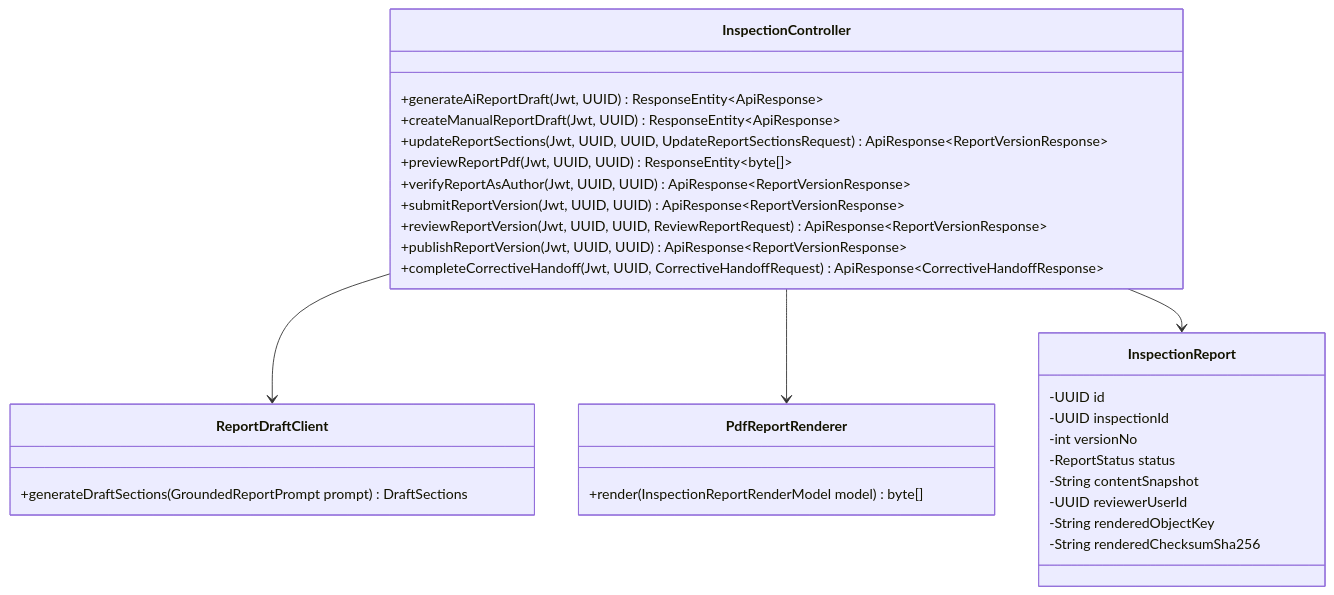
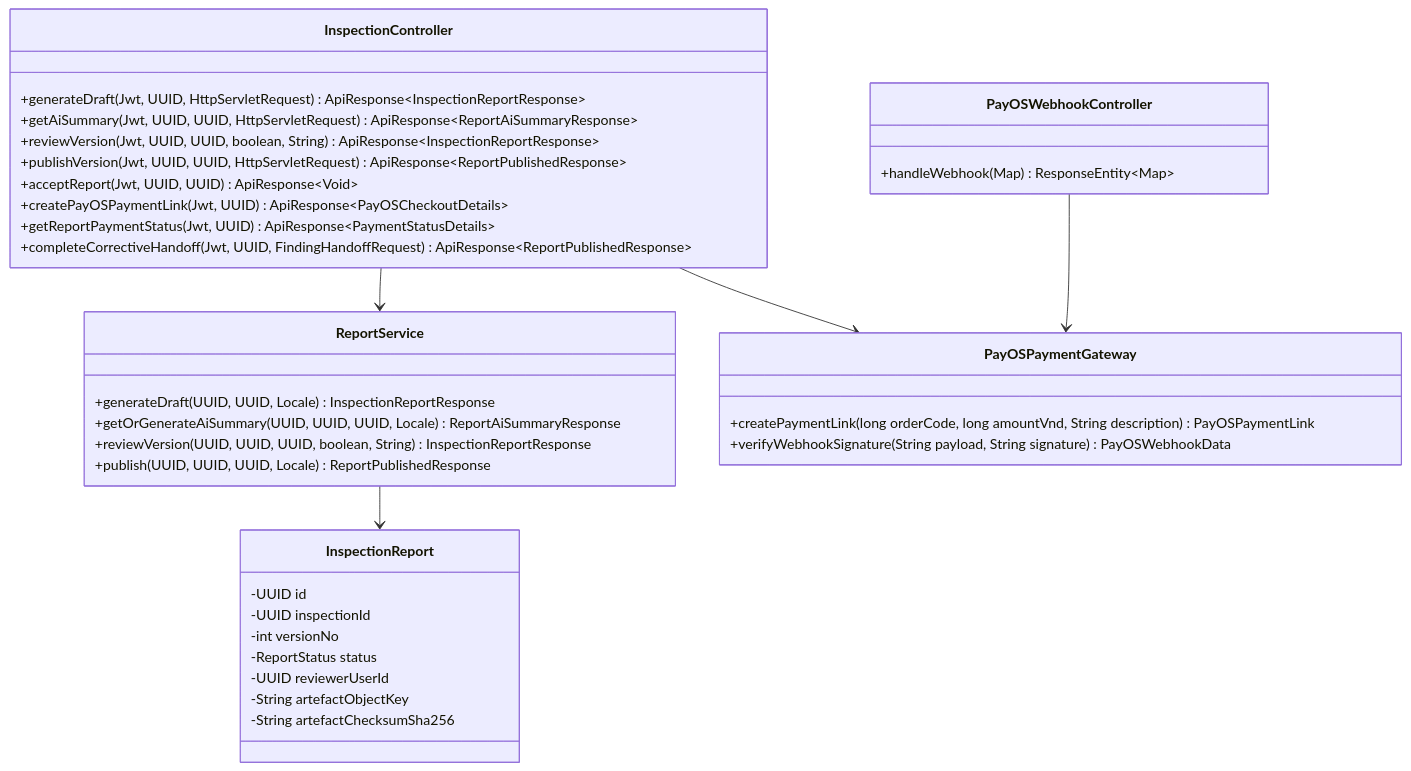
Before and after one commit to tungbach12/SmartDroneInspection-Docs: diagram 16 of 23 in reports/report-4-software-design-document/03-detailed-design.md, drawn with Mermaid. The commit also changed other lines of this file and 245 other files, not shown here.

First line of the commit message:
docs(reports): synchronize all reports, diagrams, and test sheets to 5-role 8-feature baseline

````diff
--- a/reports/report-4-software-design-document/03-detailed-design.md
+++ b/reports/report-4-software-design-document/03-detailed-design.md
@@ -689,34 +670,40 @@
 ```mermaid
-%% title: Inspection Report Authoring, Review and PDF Publication Class Diagram
+%% title: Auto-Compiled Inspection Report, Review, PDF Publication and PayOS Class Diagram
 classDiagram
   class InspectionController {
-    +generateAiReportDraft(Jwt, UUID) ResponseEntity~ApiResponse~
-    +createManualReportDraft(Jwt, UUID) ResponseEntity~ApiResponse~
-    +updateReportSections(Jwt, UUID, UUID, UpdateReportSectionsRequest) ApiResponse~ReportVersionResponse~
-    +previewReportPdf(Jwt, UUID, UUID) ResponseEntity~byte[]~
-    +verifyReportAsAuthor(Jwt, UUID, UUID) ApiResponse~ReportVersionResponse~
-    +submitReportVersion(Jwt, UUID, UUID) ApiResponse~ReportVersionResponse~
-    +reviewReportVersion(Jwt, UUID, UUID, ReviewReportRequest) ApiResponse~ReportVersionResponse~
-    +publishReportVersion(Jwt, UUID, UUID) ApiResponse~ReportVersionResponse~
-    +completeCorrectiveHandoff(Jwt, UUID, CorrectiveHandoffRequest) ApiResponse~CorrectiveHandoffResponse~
+    +generateDraft(Jwt, UUID, HttpServletRequest) ApiResponse~InspectionReportResponse~
+    +getAiSummary(Jwt, UUID, UUID, HttpServletRequest) ApiResponse~ReportAiSummaryResponse~
+    +reviewVersion(Jwt, UUID, UUID, boolean, String) ApiResponse~InspectionReportResponse~
+    +publishVersion(Jwt, UUID, UUID, HttpServletRequest) ApiResponse~ReportPublishedResponse~
+    +acceptReport(Jwt, UUID, UUID) ApiResponse~Void~
+    +createPayOSPaymentLink(Jwt, UUID) ApiResponse~PayOSCheckoutDetails~
+    +getReportPaymentStatus(Jwt, UUID) ApiResponse~PaymentStatusDetails~
+    +completeCorrectiveHandoff(Jwt, UUID, FindingHandoffRequest) ApiResponse~ReportPublishedResponse~
   }
-  class ReportDraftClient {
-    +generateDraftSections(GroundedReportPrompt prompt) DraftSections
+  class ReportService {
+    +generateDraft(UUID, UUID, Locale) InspectionReportResponse
+    +getOrGenerateAiSummary(UUID, UUID, UUID, Locale) ReportAiSummaryResponse
+    +reviewVersion(UUID, UUID, UUID, boolean, String) InspectionReportResponse
+    +publish(UUID, UUID, UUID, Locale) ReportPublishedResponse
   }
-  class PdfReportRenderer {
-    +render(InspectionReportRenderModel model) byte[]
+  class PayOSPaymentGateway {
+    +createPaymentLink(long orderCode, long amountVnd, String description) PayOSPaymentLink
+    +verifyWebhookSignature(String payload, String signature) PayOSWebhookData
+  }
+  class PayOSWebhookController {
+    +handleWebhook(Map) ResponseEntity~Map~
   }
   class InspectionReport {
     -UUID id
     -UUID inspectionId
     -int versionNo
     -ReportStatus status
-    -String contentSnapshot
     -UUID reviewerUserId
-    -String renderedObjectKey
-    -String renderedChecksumSha256
+    -String artefactObjectKey
+    -String artefactChecksumSha256
   }
-  InspectionController --> ReportDraftClient
-  InspectionController --> PdfReportRenderer
-  InspectionController --> InspectionReport
+  InspectionController --> ReportService
+  ReportService --> InspectionReport
+  InspectionController --> PayOSPaymentGateway
+  PayOSWebhookController --> PayOSPaymentGateway
 ```
````
